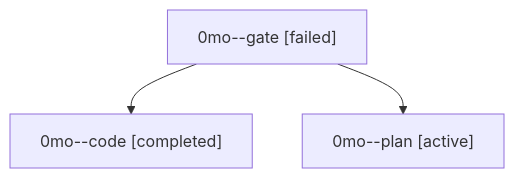
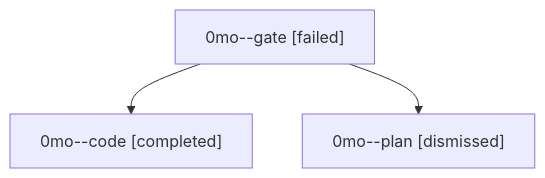
The diagram in sessions/bbugyi200.athena.0mo.md (sase-org/sase--agents), drawn with Mermaid before and after one commit. The commit also changed other lines of this file and 36 other files, not shown here.

````diff
--- a/sessions/bbugyi200.athena.0mo.md
+++ b/sessions/bbugyi200.athena.0mo.md
@@ -9,8 +9,8 @@
 ```mermaid
 flowchart TD
   n0["0mo--gate [failed]"]
   n1["0mo--code [completed]"]
   n0 --> n1
-  n2["0mo--plan [active]"]
+  n2["0mo--plan [dismissed]"]
   n0 --> n2
 ```
````
